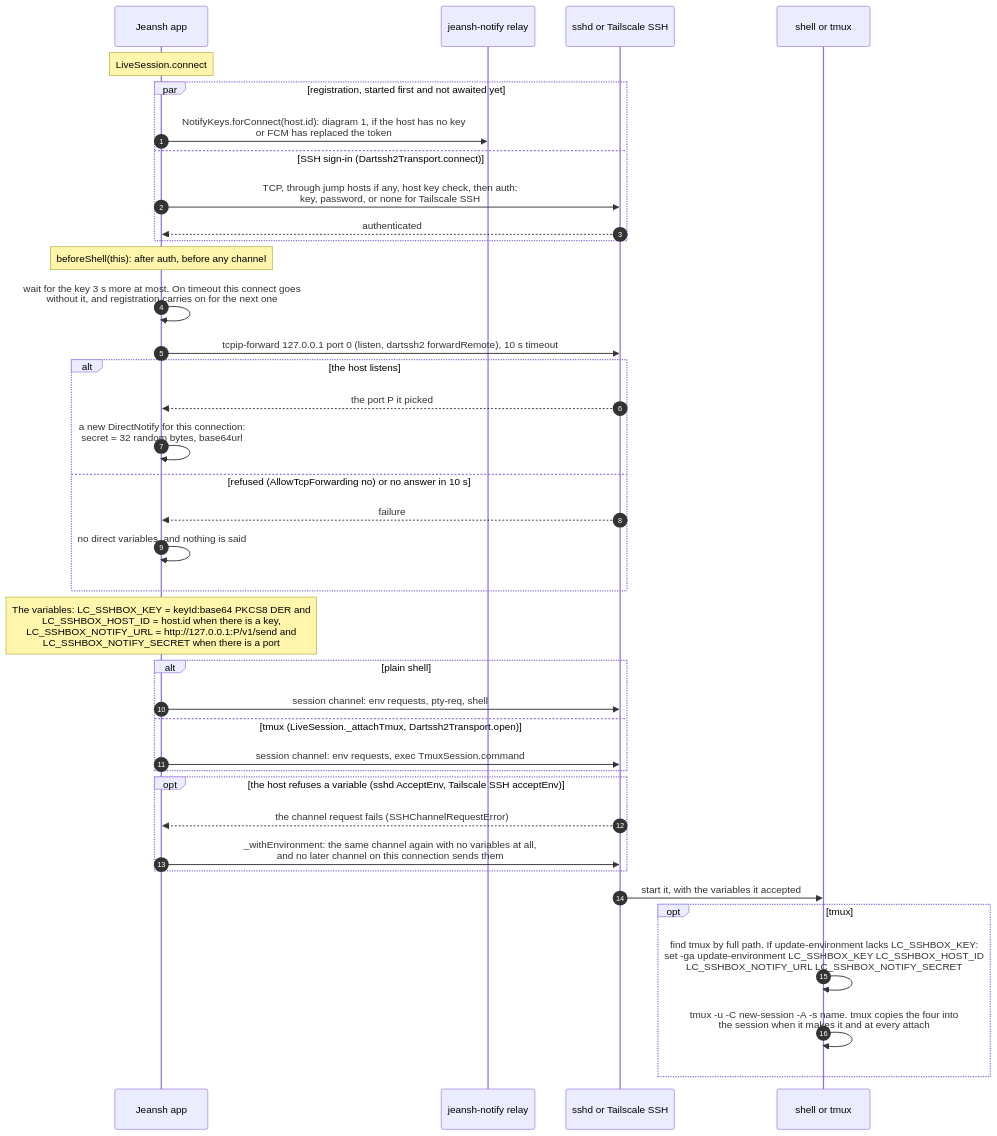
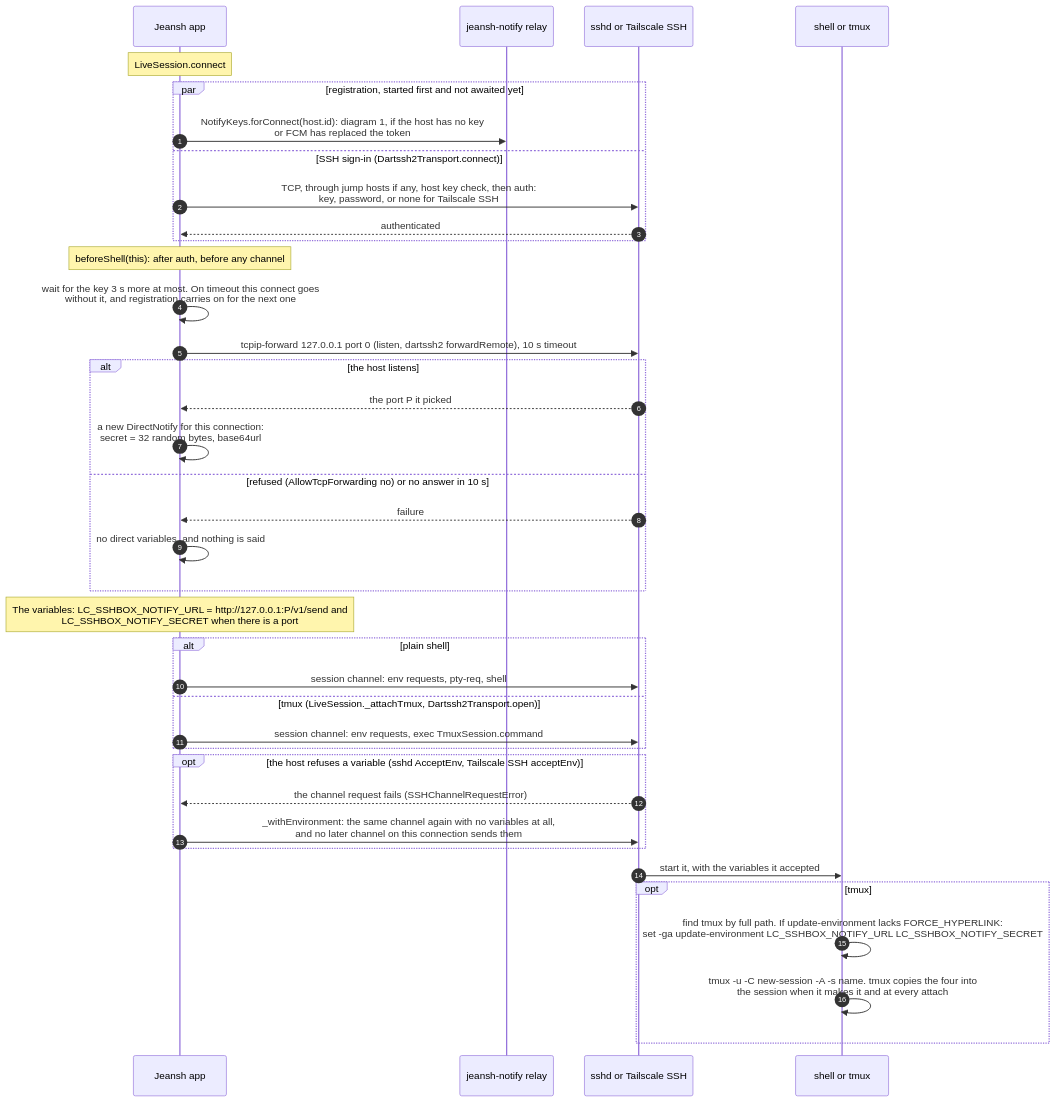
Before and after one commit to triasbrata/sshbox: the third of 8 diagrams in docs/notification-architecture.md, drawn with Mermaid. The commit also changed other lines of this file and 12 other files, not shown here.

First line of the commit message:
jeansh: the push key is a file on the host, not a variable

````diff
--- a/docs/notification-architecture.md
+++ b/docs/notification-architecture.md
@@ -124,41 +125,41 @@
 ```mermaid
 sequenceDiagram
   autonumber
   participant App as Jeansh app
   participant Relay as jeansh-notify relay
   participant SSHD as sshd or Tailscale SSH
   participant Shell as shell or tmux
 
   Note over App: LiveSession.connect
   par registration, started first and not awaited yet
     App->>Relay: NotifyKeys.forConnect(host.id): diagram 1, if the host has no key<br/>or FCM has replaced the token
   and SSH sign-in (Dartssh2Transport.connect)
     App->>SSHD: TCP, through jump hosts if any, host key check, then auth:<br/>key, password, or none for Tailscale SSH
     SSHD-->>App: authenticated
   end
   Note over App: beforeShell(this): after auth, before any channel
   App->>App: wait for the key 3 s more at most. On timeout this connect goes<br/>without it, and registration carries on for the next one
   App->>SSHD: tcpip-forward 127.0.0.1 port 0 (listen, dartssh2 forwardRemote), 10 s timeout
   alt the host listens
     SSHD-->>App: the port P it picked
     App->>App: a new DirectNotify for this connection:<br/>secret = 32 random bytes, base64url
   else refused (AllowTcpForwarding no) or no answer in 10 s
     SSHD-->>App: failure
     App->>App: no direct variables, and nothing is said
   end
-  Note over App: The variables: LC_SSHBOX_KEY = keyId:base64 PKCS8 DER and<br/>LC_SSHBOX_HOST_ID = host.id when there is a key,<br/>LC_SSHBOX_NOTIFY_URL = http://127.0.0.1:P/v1/send and<br/>LC_SSHBOX_NOTIFY_SECRET when there is a port
+  Note over App: The variables: LC_SSHBOX_NOTIFY_URL = http://127.0.0.1:P/v1/send and<br/>LC_SSHBOX_NOTIFY_SECRET when there is a port
   alt plain shell
     App->>SSHD: session channel: env requests, pty-req, shell
   else tmux (LiveSession._attachTmux, Dartssh2Transport.open)
     App->>SSHD: session channel: env requests, exec TmuxSession.command
   end
   opt the host refuses a variable (sshd AcceptEnv, Tailscale SSH acceptEnv)
     SSHD-->>App: the channel request fails (SSHChannelRequestError)
     App->>SSHD: _withEnvironment: the same channel again with no variables at all,<br/>and no later channel on this connection sends them
   end
   SSHD->>Shell: start it, with the variables it accepted
   opt tmux
-    Shell->>Shell: find tmux by full path. If update-environment lacks LC_SSHBOX_KEY:<br/>set -ga update-environment LC_SSHBOX_KEY LC_SSHBOX_HOST_ID<br/>LC_SSHBOX_NOTIFY_URL LC_SSHBOX_NOTIFY_SECRET
+    Shell->>Shell: find tmux by full path. If update-environment lacks FORCE_HYPERLINK:<br/>set -ga update-environment LC_SSHBOX_NOTIFY_URL LC_SSHBOX_NOTIFY_SECRET
     Shell->>Shell: tmux -u -C new-session -A -s name. tmux copies the four into<br/>the session when it makes it and at every attach
   end
 ```
````
